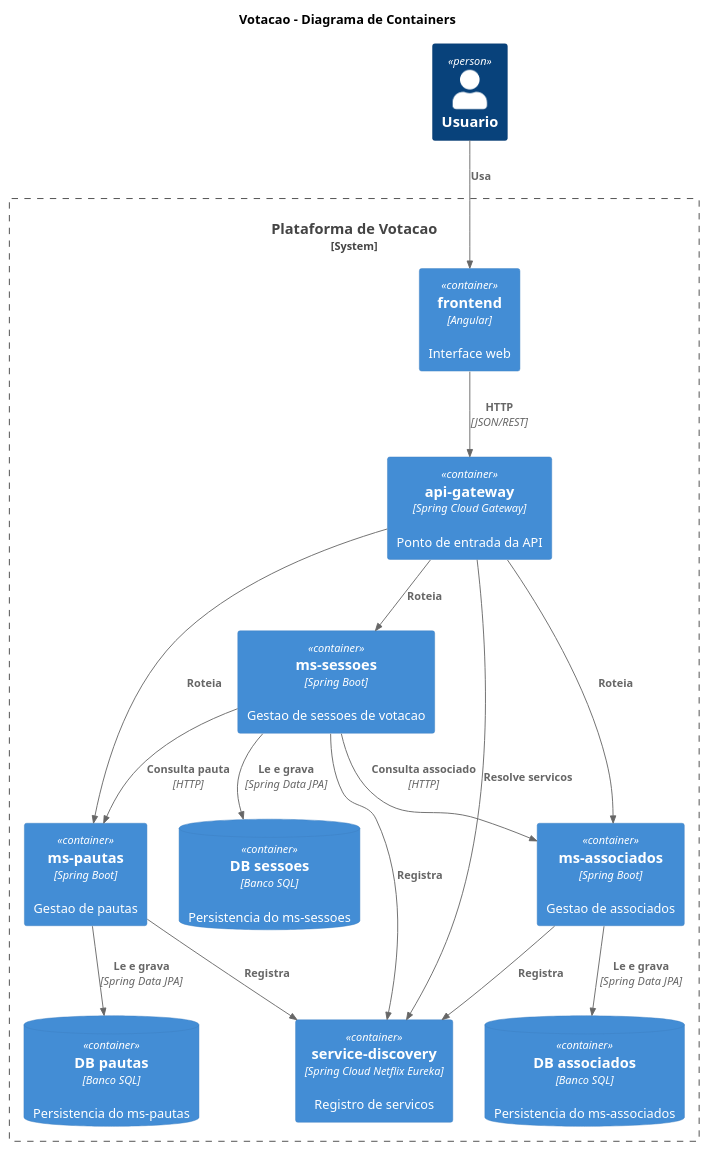
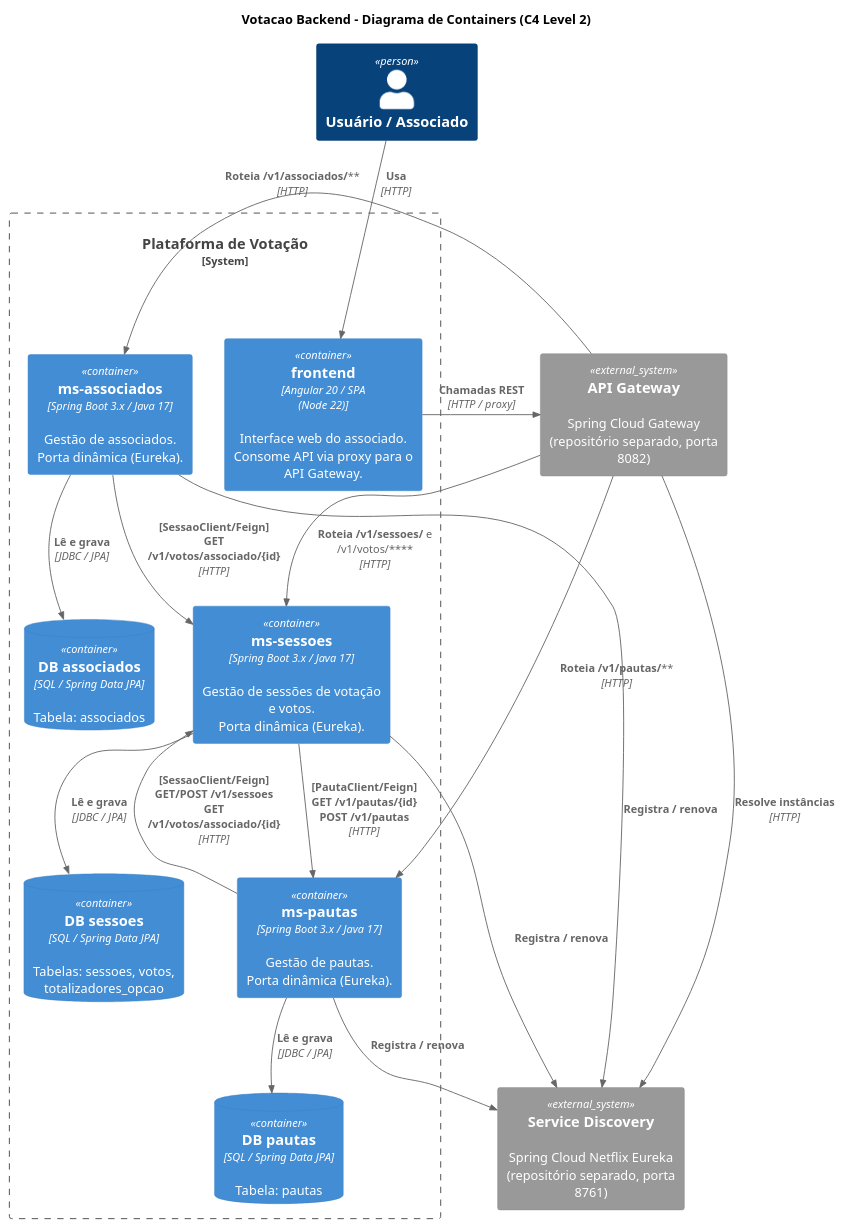
Before and after one commit to leoalmeida/votacao-backend: the diagram in docs/architecture/container-diagram.puml, drawn with PlantUML. The commit also changed 5 other files, not shown here.

```diff
--- a/docs/architecture/container-diagram.puml
+++ b/docs/architecture/container-diagram.puml
@@ -1,44 +1,48 @@
 @startuml container_diagram
 
 !include https://raw.githubusercontent.com/plantuml-stdlib/C4-PlantUML/master/C4_Container.puml
 
-title Votacao - Diagrama de Containers
+title Votacao Backend - Diagrama de Containers (C4 Level 2)
 
-Person(user, "Usuario")
+Person(user, "Usuário / Associado")
 
-System_Boundary(system, "Plataforma de Votacao") {
+System_Ext(api_gateway, "API Gateway", "Spring Cloud Gateway\n(repositório separado, porta 8082)")
+System_Ext(discovery, "Service Discovery", "Spring Cloud Netflix Eureka\n(repositório separado, porta 8761)")
 
-    Container(frontend, "frontend", "Angular", "Interface web")
-    Container(api_gateway, "api-gateway", "Spring Cloud Gateway", "Ponto de entrada da API")
-    Container(discovery, "service-discovery", "Spring Cloud Netflix Eureka", "Registro de servicos")
+System_Boundary(votacao, "Plataforma de Votação") {
 
-    Container(ms_associados, "ms-associados", "Spring Boot", "Gestao de associados")
-    Container(ms_pautas, "ms-pautas", "Spring Boot", "Gestao de pautas")
-    Container(ms_sessoes, "ms-sessoes", "Spring Boot", "Gestao de sessoes de votacao")
+    Container(frontend, "frontend", "Angular 20 / SPA\n(Node 22)", "Interface web do associado.\nConsome API via proxy para o API Gateway.")
 
-    ContainerDb(db_associados, "DB associados", "Banco SQL", "Persistencia do ms-associados")
-    ContainerDb(db_pautas, "DB pautas", "Banco SQL", "Persistencia do ms-pautas")
-    ContainerDb(db_sessoes, "DB sessoes", "Banco SQL", "Persistencia do ms-sessoes")
+    Container(ms_associados, "ms-associados", "Spring Boot 3.x / Java 17", "Gestão de associados.\nPorta dinâmica (Eureka).")
+
+    Container(ms_pautas, "ms-pautas", "Spring Boot 3.x / Java 17", "Gestão de pautas.\nPorta dinâmica (Eureka).")
+
+    Container(ms_sessoes, "ms-sessoes", "Spring Boot 3.x / Java 17", "Gestão de sessões de votação e votos.\nPorta dinâmica (Eureka).")
+
+    ContainerDb(db_associados, "DB associados", "SQL / Spring Data JPA", "Tabela: associados")
+    ContainerDb(db_pautas, "DB pautas", "SQL / Spring Data JPA", "Tabela: pautas")
+    ContainerDb(db_sessoes, "DB sessoes", "SQL / Spring Data JPA", "Tabelas: sessoes, votos, totalizadores_opcao")
 
 }
 
-Rel(user, frontend, "Usa")
-Rel(frontend, api_gateway, "HTTP", "JSON/REST")
+Rel(user, frontend, "Usa", "HTTP")
+Rel(frontend, api_gateway, "Chamadas REST", "HTTP / proxy")
 
-Rel(api_gateway, discovery, "Resolve servicos")
-Rel(api_gateway, ms_associados, "Roteia")
-Rel(api_gateway, ms_pautas, "Roteia")
-Rel(api_gateway, ms_sessoes, "Roteia")
+Rel(api_gateway, discovery, "Resolve instâncias", "HTTP")
+Rel(api_gateway, ms_associados, "Roteia /v1/associados/**", "HTTP")
+Rel(api_gateway, ms_pautas, "Roteia /v1/pautas/**", "HTTP")
+Rel(api_gateway, ms_sessoes, "Roteia /v1/sessoes/** e /v1/votos/**", "HTTP")
 
-Rel(ms_associados, discovery, "Registra")
-Rel(ms_pautas, discovery, "Registra")
-Rel(ms_sessoes, discovery, "Registra")
+Rel(ms_associados, discovery, "Registra / renova")
+Rel(ms_pautas, discovery, "Registra / renova")
+Rel(ms_sessoes, discovery, "Registra / renova")
 
-Rel(ms_associados, db_associados, "Le e grava", "Spring Data JPA")
-Rel(ms_pautas, db_pautas, "Le e grava", "Spring Data JPA")
-Rel(ms_sessoes, db_sessoes, "Le e grava", "Spring Data JPA")
+Rel(ms_associados, db_associados, "Lê e grava", "JDBC / JPA")
+Rel(ms_pautas, db_pautas, "Lê e grava", "JDBC / JPA")
+Rel(ms_sessoes, db_sessoes, "Lê e grava", "JDBC / JPA")
 
-Rel(ms_sessoes, ms_associados, "Consulta associado", "HTTP")
-Rel(ms_sessoes, ms_pautas, "Consulta pauta", "HTTP")
+Rel(ms_associados, ms_sessoes, "[SessaoClient/Feign]\nGET /v1/votos/associado/{id}", "HTTP")
+Rel(ms_pautas, ms_sessoes, "[SessaoClient/Feign]\nGET/POST /v1/sessoes\nGET /v1/votos/associado/{id}", "HTTP")
+Rel(ms_sessoes, ms_pautas, "[PautaClient/Feign]\nGET /v1/pautas/{id}\nPOST /v1/pautas", "HTTP")
 
 @enduml
```
